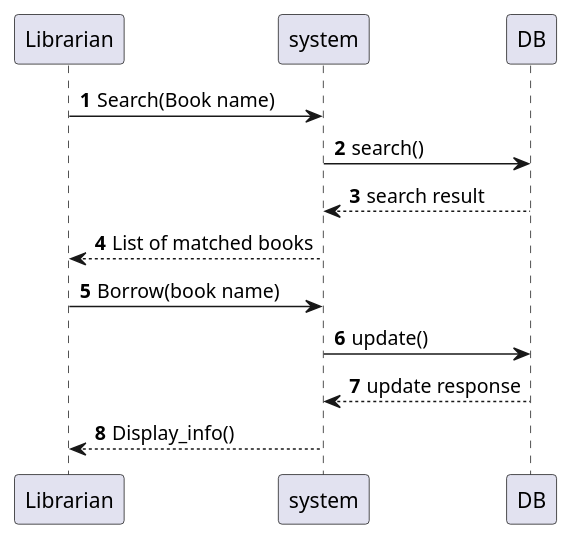
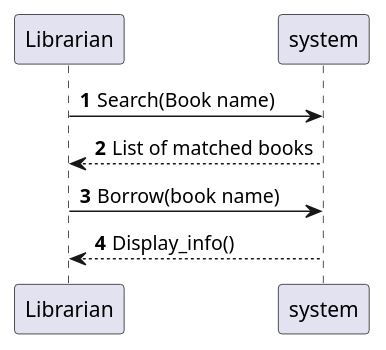
Before and after one commit to SalmaAzeem/library-system: the diagram in diagrams/BorrowSSD.puml, drawn with PlantUML. The commit also changed 1 other file, not shown here.

Commit message:
Diagrams

```diff
--- a/diagrams/BorrowSSD.puml
+++ b/diagrams/BorrowSSD.puml
@@ -1,14 +1,10 @@
 @startuml
 'https://plantuml.com/sequence-diagram
 
 'Borrow
 autonumber
 Librarian -> system: Search(Book name)
-system -> DB: search()
-DB --> system : search result
 system--> Librarian : List of matched books
 Librarian -> system : Borrow(book name)
-system-> DB: update()
-DB --> system: update response
 system --> Librarian : Display_info()
 @enduml
```
